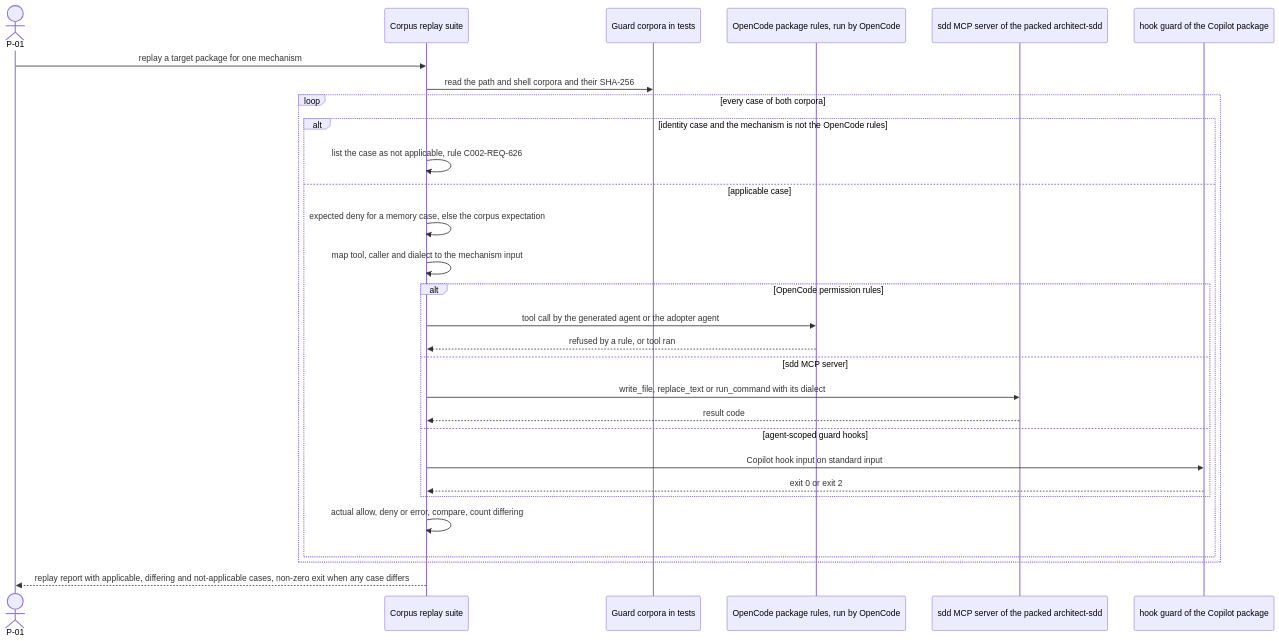
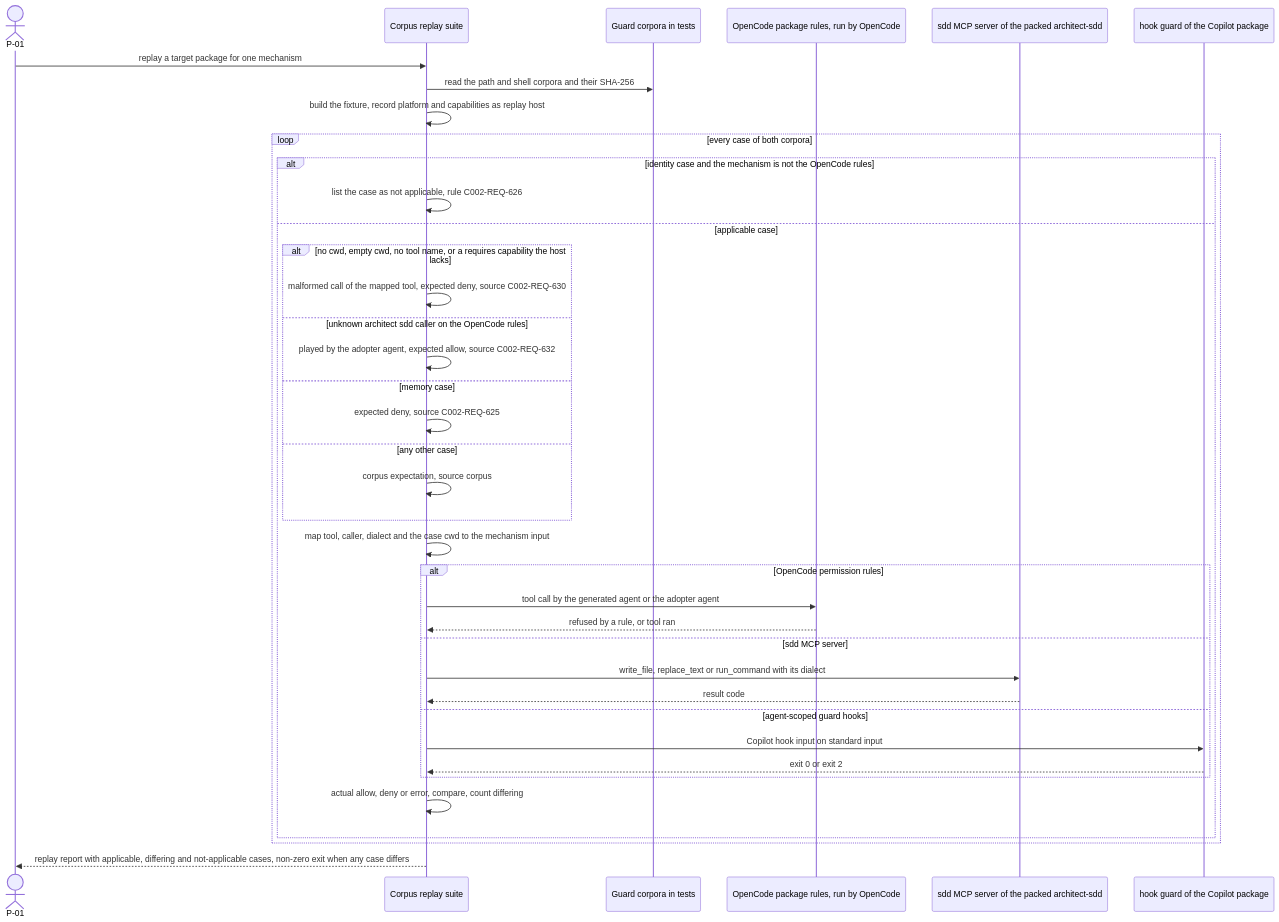
Before and after one commit to jlacube/spec-architect: diagram 12 of 14 in .sdd/002-multi-platform-targets/10-spec/60-architecture/architecture.md, drawn with Mermaid. The commit also changed other lines of this file and 13 other files, not shown here.

Commit message:
CHG-002: Spec critic fixes round 2 (architect) — IF-008 --cwd rule, IF-009 per-target replay sources, ERR-REL-013, minors

````diff
--- a/.sdd/002-multi-platform-targets/10-spec/60-architecture/architecture.md
+++ b/.sdd/002-multi-platform-targets/10-spec/60-architecture/architecture.md
@@ -701,32 +704,41 @@
 ```mermaid
 sequenceDiagram
-  %% F11 corpus replay with per-mechanism expectations. Realizes C002-TS-608 C002-TS-609 C002-TS-628 C002-TS-629 C002-TS-630 C002-TS-631
+  %% F11 corpus replay with per-mechanism expectations. Realizes C002-TS-608 C002-TS-609 C002-TS-628 C002-TS-629 C002-TS-630 C002-TS-631 C002-TS-643 C002-TS-644 C002-TS-645 C002-TS-646 C002-TS-647
   actor P01 as P-01
   participant C002_COMP_008 as Corpus replay suite
   participant C002_COMP_013 as Guard corpora in tests
   participant C002_COMP_003 as OpenCode package rules, run by OpenCode
   participant C002_COMP_005 as sdd MCP server of the packed architect-sdd
   participant C002_COMP_012 as hook guard of the Copilot package
   P01->>C002_COMP_008: replay a target package for one mechanism
   C002_COMP_008->>C002_COMP_013: read the path and shell corpora and their SHA-256
+  C002_COMP_008->>C002_COMP_008: build the fixture, record platform and capabilities as replay host
   loop every case of both corpora
     alt identity case and the mechanism is not the OpenCode rules
       C002_COMP_008->>C002_COMP_008: list the case as not applicable, rule C002-REQ-626
     else applicable case
-      C002_COMP_008->>C002_COMP_008: expected deny for a memory case, else the corpus expectation
-      C002_COMP_008->>C002_COMP_008: map tool, caller and dialect to the mechanism input
+      alt no cwd, empty cwd, no tool name, or a requires capability the host lacks
+        C002_COMP_008->>C002_COMP_008: malformed call of the mapped tool, expected deny, source C002-REQ-630
+      else unknown architect sdd caller on the OpenCode rules
+        C002_COMP_008->>C002_COMP_008: played by the adopter agent, expected allow, source C002-REQ-632
+      else memory case
+        C002_COMP_008->>C002_COMP_008: expected deny, source C002-REQ-625
+      else any other case
+        C002_COMP_008->>C002_COMP_008: corpus expectation, source corpus
+      end
+      C002_COMP_008->>C002_COMP_008: map tool, caller, dialect and the case cwd to the mechanism input
       alt OpenCode permission rules
         C002_COMP_008->>C002_COMP_003: tool call by the generated agent or the adopter agent
         C002_COMP_003-->>C002_COMP_008: refused by a rule, or tool ran
       else sdd MCP server
         C002_COMP_008->>C002_COMP_005: write_file, replace_text or run_command with its dialect
         C002_COMP_005-->>C002_COMP_008: result code
       else agent-scoped guard hooks
         C002_COMP_008->>C002_COMP_012: Copilot hook input on standard input
         C002_COMP_012-->>C002_COMP_008: exit 0 or exit 2
       end
       C002_COMP_008->>C002_COMP_008: actual allow, deny or error, compare, count differing
     end
   end
   C002_COMP_008-->>P01: replay report with applicable, differing and not-applicable cases, non-zero exit when any case differs
 ```
````
